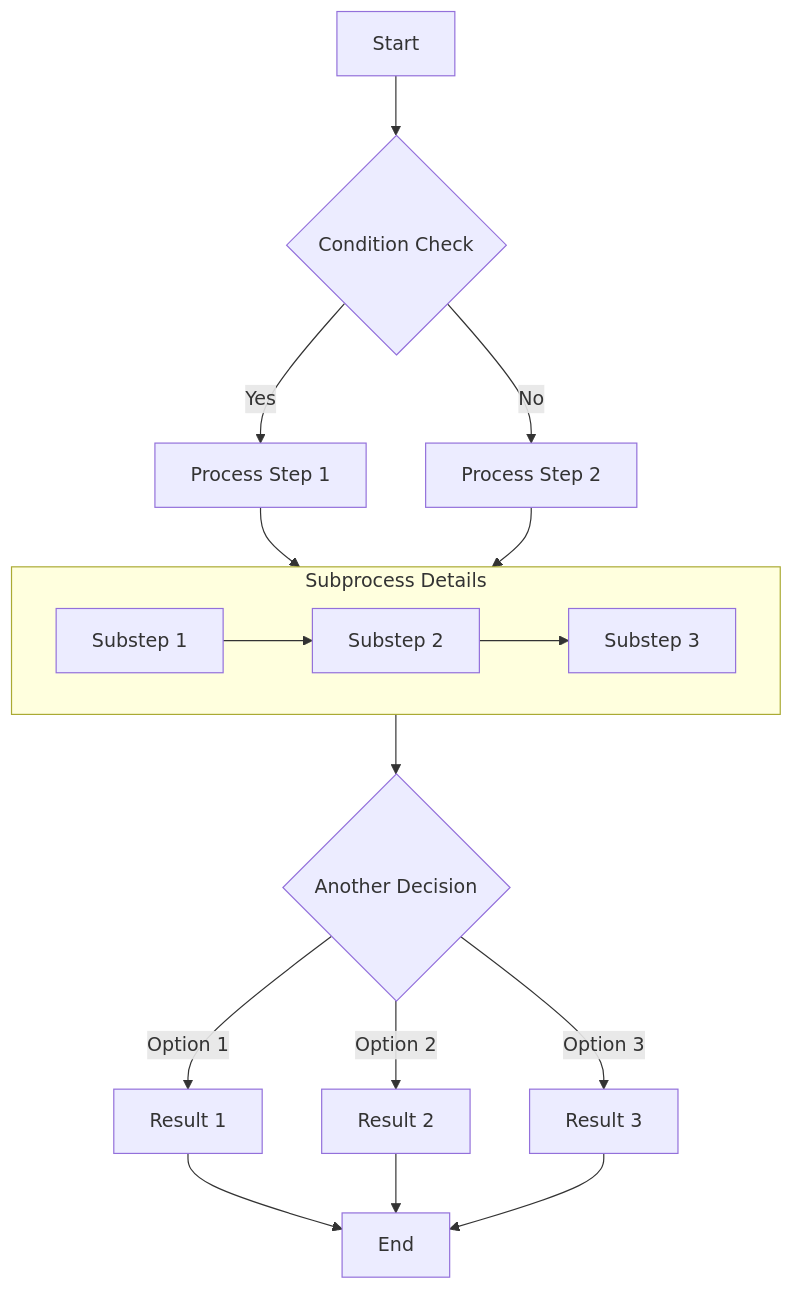
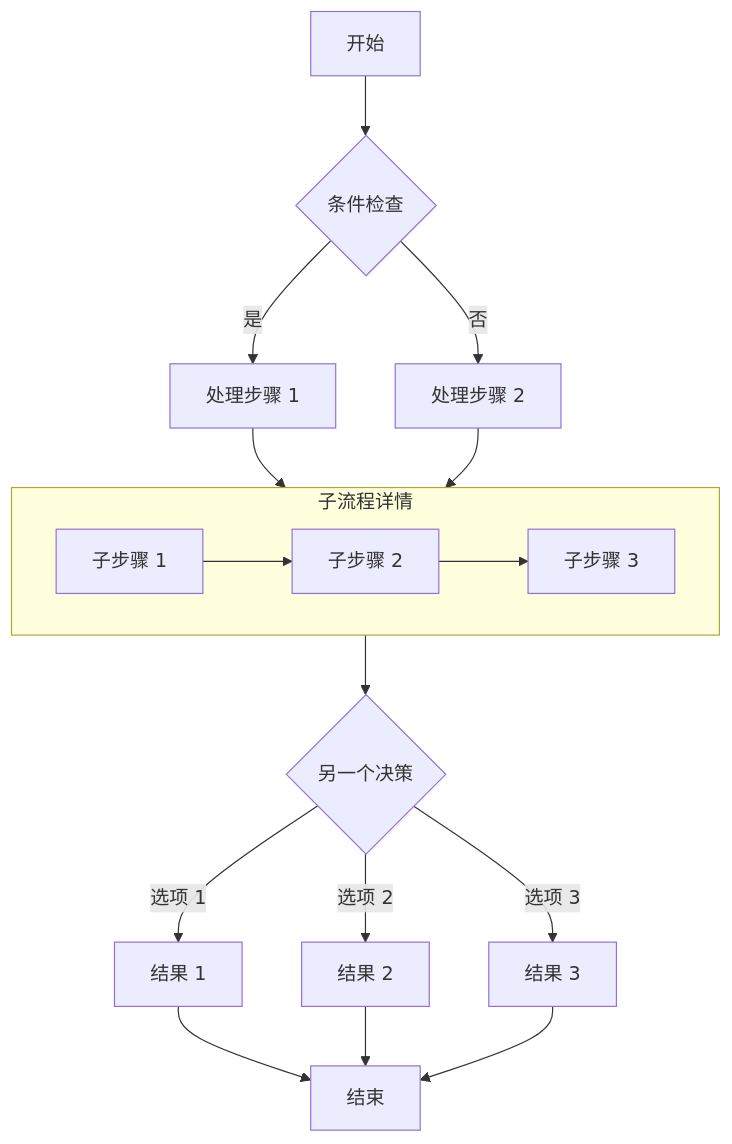
Before and after one commit to zpooi/mizuki: the first of 6 diagrams in src/content/posts/markdown-mermaid.md, drawn with Mermaid. The commit also changed other lines of this file and 6 other files, not shown here.

````diff
--- a/src/content/posts/markdown-mermaid.md
+++ b/src/content/posts/markdown-mermaid.md
@@ -21,19 +21,19 @@
 ```mermaid
 graph TD
-    A[Start] --> B{Condition Check}
-    B -->|Yes| C[Process Step 1]
-    B -->|No| D[Process Step 2]
-    C --> E[Subprocess]
+    A[开始] --> B{条件检查}
+    B -->|是| C[处理步骤 1]
+    B -->|否| D[处理步骤 2]
+    C --> E[子流程]
     D --> E
-    subgraph E [Subprocess Details]
-        E1[Substep 1] --> E2[Substep 2]
-        E2 --> E3[Substep 3]
+    subgraph E [子流程详情]
+        E1[子步骤 1] --> E2[子步骤 2]
+        E2 --> E3[子步骤 3]
     end
-    E --> F{Another Decision}
-    F -->|Option 1| G[Result 1]
-    F -->|Option 2| H[Result 2]
-    F -->|Option 3| I[Result 3]
-    G --> J[End]
+    E --> F{另一个决策}
+    F -->|选项 1| G[结果 1]
+    F -->|选项 2| H[结果 2]
+    F -->|选项 3| I[结果 3]
+    G --> J[结束]
     H --> J
     I --> J
 ```
````
